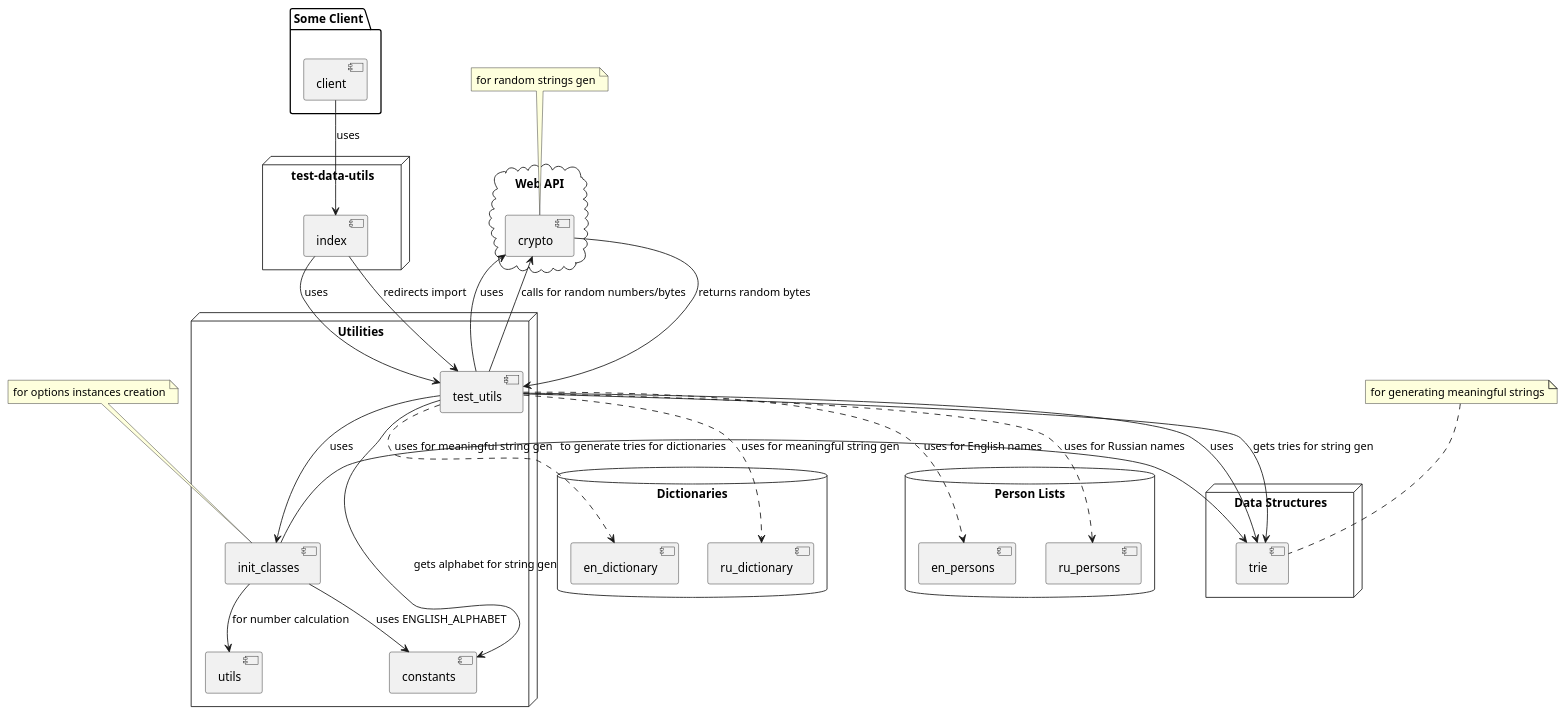
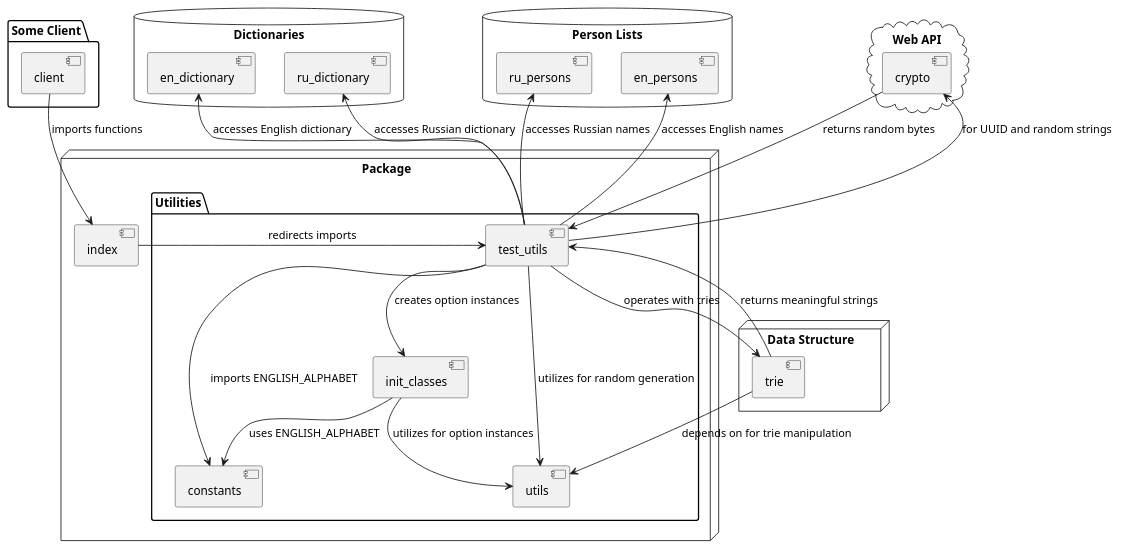
One commit to Lixonik/diploma changed the diagram in puml_api/modules_interaction.puml. Above: the diagram before and after it, drawn with PlantUML. The commit also changed 1 other file, not shown here.

```diff
--- a/puml_api/modules_interaction.puml
+++ b/puml_api/modules_interaction.puml
@@ -1,63 +1,62 @@
 @startuml
 package "Some Client" {
   [client]
 }
 
-node "test-data-utils" {
+node "Package" {
   [index]
-}
-
-node "Utilities" {
-  [test_utils]
-  [init_classes]
-  [utils]
-  [constants]
+  package "Utilities" {
+    [test_utils]
+    [init_classes]
+    [utils]
+    [constants]
+  }
 }
 
 database "Dictionaries" {
   [en_dictionary]
   [ru_dictionary]
 }
 
 database "Person Lists" {
   [en_persons]
   [ru_persons]
 }
 
-node "Data Structures" {
+node "Data Structure" {
   [trie]
 }
 
 cloud "Web API" {
   [crypto]
 }
 
-client --> index : uses
-index --> test_utils : uses
+client --> index : imports functions
+index -r-> test_utils : redirects imports
 
-test_utils --> init_classes : uses
-note top of init_classes : for options instances creation
+test_utils --> constants : imports ENGLISH_ALPHABET
+test_utils --> trie : operates with tries
+test_utils -u-> crypto : for UUID and random strings
 
-test_utils --> trie : uses
-note top of trie : for generating meaningful strings
+test_utils --> init_classes : creates option instances
+test_utils --> utils : utilizes for random generation
+test_utils -u-> en_persons : accesses English names
+test_utils -u-> ru_persons : accesses Russian names
 
-test_utils --> crypto : uses
-note top of crypto : for random strings gen
-
-index --> test_utils : redirects import
-
-test_utils --> constants : gets alphabet for string gen
-test_utils --> trie : gets tries for string gen
-
-test_utils -up-> crypto : calls for random numbers/bytes
-test_utils ..> en_persons : uses for English names
-test_utils ..> ru_persons : uses for Russian names
-test_utils ..> en_dictionary : uses for meaningful string gen
-test_utils ..> ru_dictionary : uses for meaningful string gen
-
-init_classes --> utils : for number calculation
-init_classes --> constants : uses ENGLISH_ALPHABET
-init_classes -up-> trie : to generate tries for dictionaries
+test_utils -u-> en_dictionary : accesses English dictionary
+test_utils -u-> ru_dictionary : accesses Russian dictionary
 
 crypto --> test_utils : returns random bytes
+
+init_classes --> constants : uses ENGLISH_ALPHABET
+init_classes --> utils : utilizes for option instances
+
+trie --> utils : depends on for trie manipulation
+trie --> test_utils : returns meaningful strings
+
+'note over trie, test_utils
+'    Trie usage for generating
+'    meaningful strings is a key part
+'    of the utils module's functionality.
+'end note
 @enduml
```
